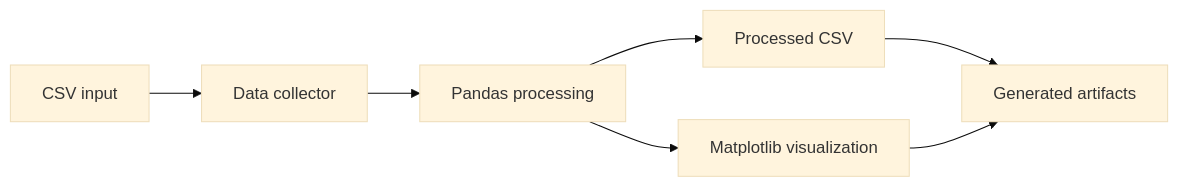
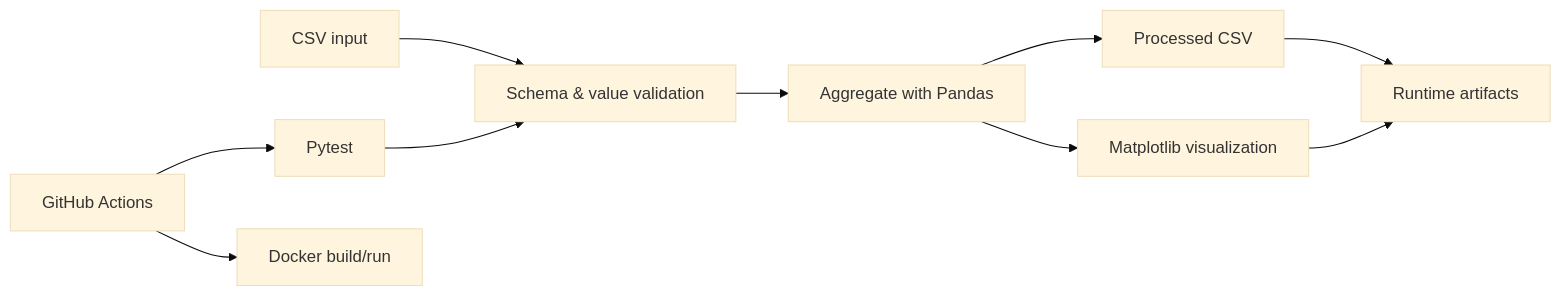
Before and after one commit to theDAREK497/data-pipeline-ci-cd: the diagram in README.md, drawn with Mermaid (base theme). The commit also changed other lines of this file and 20 other files, not shown here.

Commit message:
feat: harden data pipeline validation and CI

````diff
--- a/README.md
+++ b/README.md
@@ -9,9 +11,12 @@
 ```mermaid
 flowchart LR
-    CSV[CSV input] --> Collect[Data collector]
-    Collect --> Process[Pandas processing]
-    Process --> Output[Processed CSV]
-    Process --> Plot[Matplotlib visualization]
-    Output --> Artifacts[Generated artifacts]
+    CSV[CSV input] --> Validate[Schema & value validation]
+    Validate --> Transform[Aggregate with Pandas]
+    Transform --> CSVOut[Processed CSV]
+    Transform --> Plot[Matplotlib visualization]
+    CSVOut --> Artifacts[Runtime artifacts]
     Plot --> Artifacts
+    Tests[Pytest] --> Validate
+    CI[GitHub Actions] --> Tests
+    CI --> Docker[Docker build/run]
 ```
````
